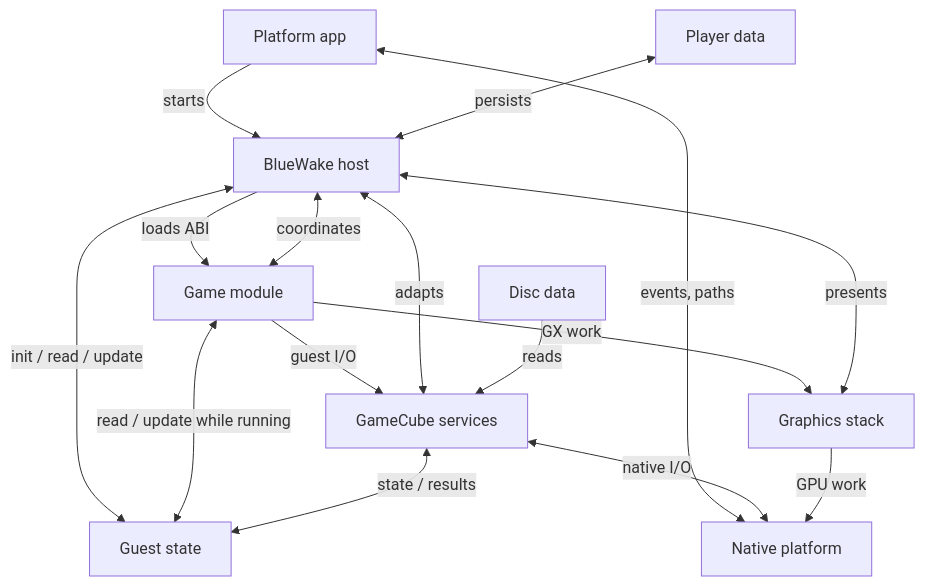
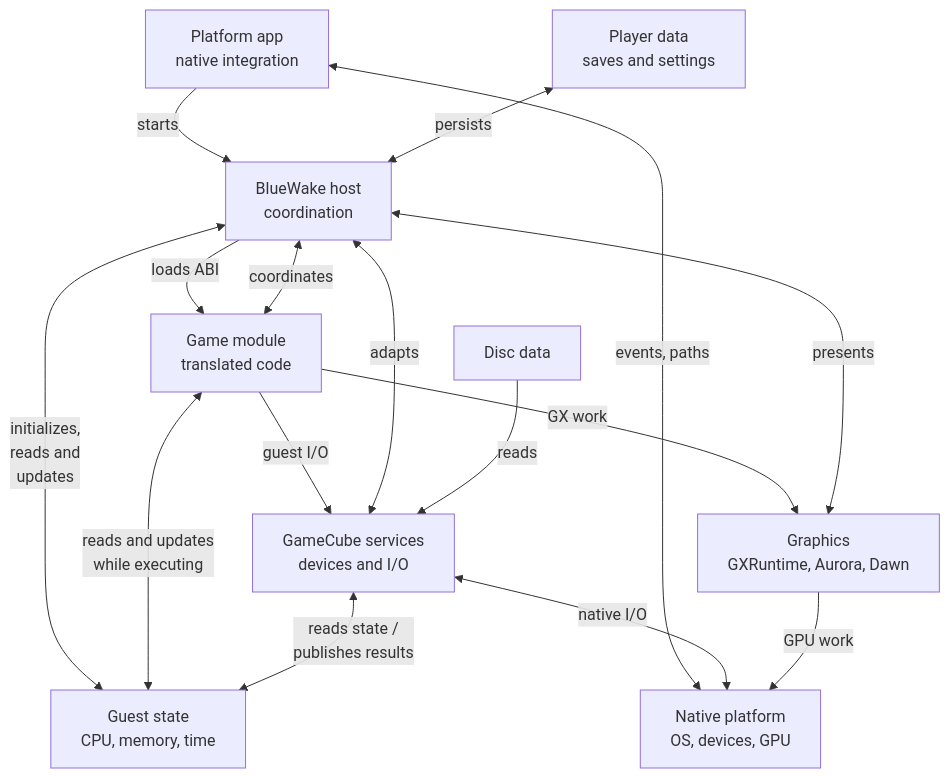
The first of 2 diagrams in docs/architecture/Runtime.md (Aelbannan/boat_of_daphnes), drawn with Mermaid before and after one commit. The commit also changed 6 other files, not shown here.

Commit message:
docs: preserve labels with Mermaid line breaks

````diff
--- a/docs/architecture/Runtime.md
+++ b/docs/architecture/Runtime.md
@@ -38,28 +38,40 @@
 ```mermaid
 flowchart TD
-    Platform["Platform app"]
-    Host["BlueWake host"]
-    Module["Game module"]
-    Guest["Guest state"]
-    Services["GameCube services"]
-    Graphics["Graphics stack"]
+    Platform["`Platform app
+native integration`"]
+    Host["`BlueWake host
+coordination`"]
+    Module["`Game module
+translated code`"]
+    Guest["`Guest state
+CPU, memory, time`"]
+    Services["`GameCube services
+devices and I/O`"]
+    Graphics["`Graphics
+GXRuntime, Aurora, Dawn`"]
     Disc["Disc data"]
-    Player["Player data"]
-    Native["Native platform"]
+    Player["`Player data
+saves and settings`"]
+    Native["`Native platform
+OS, devices, GPU`"]
 
     Platform -->|"starts"| Host
     Host -->|"loads ABI"| Module
     Host <-->|"coordinates"| Module
-    Host <-->|"init / read / update"| Guest
-    Module <-->|"read / update while running"| Guest
+    Host <-->|"`initializes,
+reads and
+updates`"| Guest
+    Module <-->|"`reads and updates
+while executing`"| Guest
     Module -->|"guest I/O"| Services
     Host <-->|"adapts"| Services
-    Services <-->|"state / results"| Guest
+    Services <-->|"`reads state /
+publishes results`"| Guest
     Module -->|"GX work"| Graphics
     Host <-->|"presents"| Graphics
     Disc -->|"reads"| Services
     Player <-->|"persists"| Host
     Platform <-->|"events, paths"| Native
     Services <-->|"native I/O"| Native
     Graphics -->|"GPU work"| Native
 ```
````
